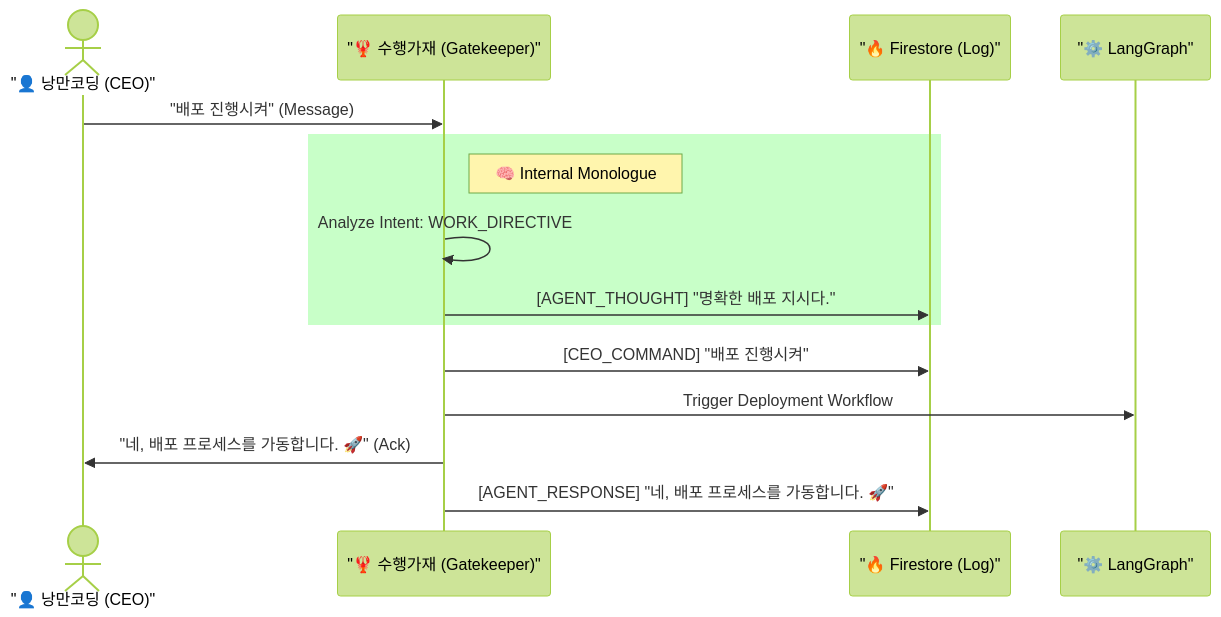
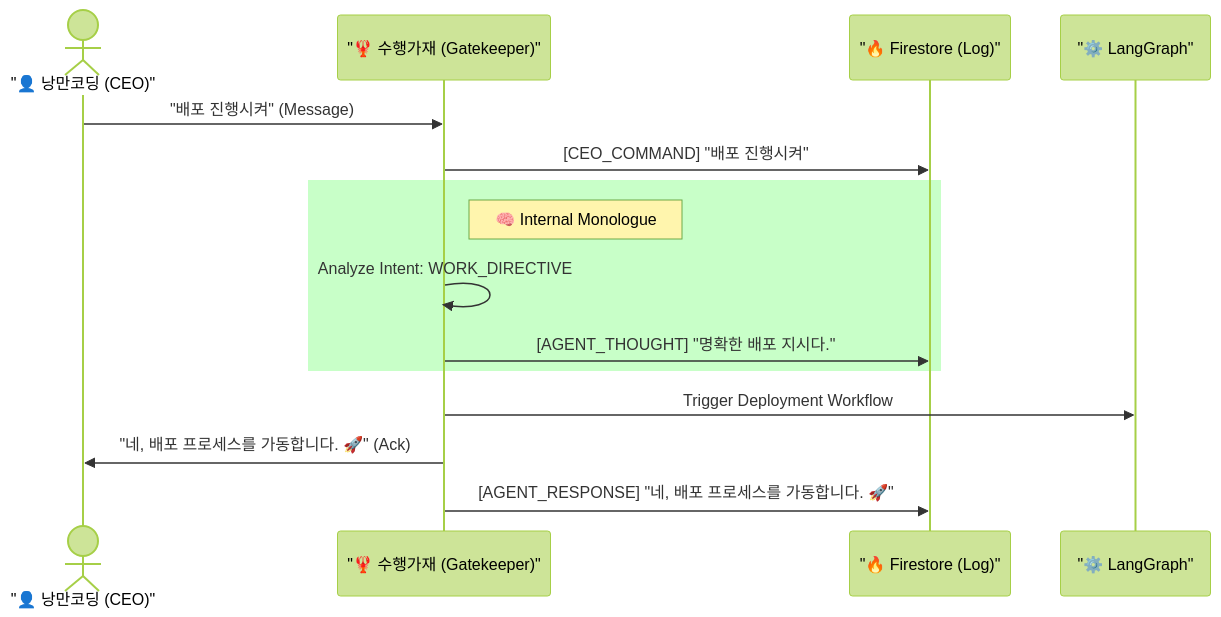
One commit to KyleL22/yuna-openclaw changed the third of 5 diagrams in docs/core/process/SYSTEM_DESIGN_V1_0.md. Above: the diagram before and after it, drawn with Mermaid (forest theme). The commit also changed other lines of this file, not shown here.

````diff
--- a/docs/core/process/SYSTEM_DESIGN_V1_0.md
+++ b/docs/core/process/SYSTEM_DESIGN_V1_0.md
@@ -230,20 +230,20 @@
 ```mermaid
 sequenceDiagram
     actor CEO as "👤 낭만코딩 (CEO)"
     participant ATT as "🦞 수행가재 (Gatekeeper)"
     participant DB as "🔥 Firestore (Log)"
     participant LG as "⚙️ LangGraph"
 
     CEO->>ATT: "배포 진행시켜" (Message)
+    ATT->>DB: [CEO_COMMAND] "배포 진행시켜"
     
     rect rgb(200, 255, 200)
     note right of ATT: 🧠 Internal Monologue
     ATT->>ATT: Analyze Intent: WORK_DIRECTIVE
     ATT->>DB: [AGENT_THOUGHT] "명확한 배포 지시다."
     end
     
-    ATT->>DB: [CEO_COMMAND] "배포 진행시켜"
     ATT->>LG: Trigger Deployment Workflow
     ATT->>CEO: "네, 배포 프로세스를 가동합니다. 🚀" (Ack)
     ATT->>DB: [AGENT_RESPONSE] "네, 배포 프로세스를 가동합니다. 🚀"
 ```
````
